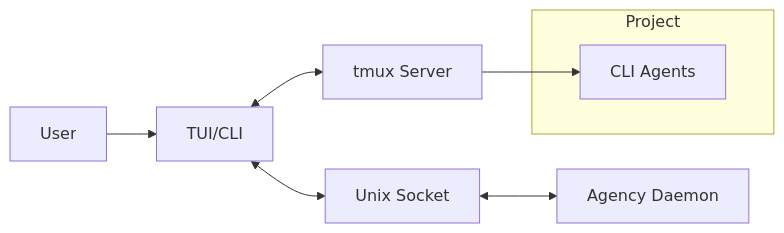
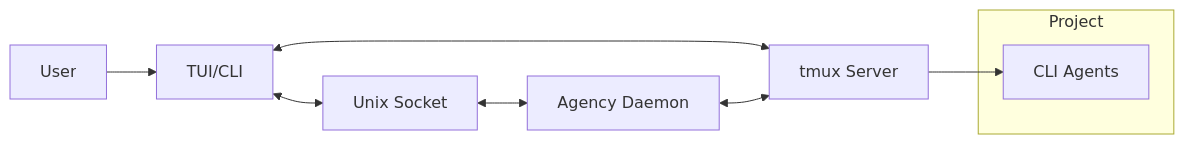
The first of 2 diagrams in README.md (tobias-walle/agency), drawn with Mermaid before and after one commit.

Commit message:
docs: update architecture diagram

````diff
--- a/README.md
+++ b/README.md
@@ -127,12 +127,13 @@
 ```mermaid
 flowchart LR
   U[User] --> C[TUI/CLI]
   C <--> S[Unix Socket]
   S <--> D[Agency Daemon]
   C <--> T[tmux Server]
+  D <--> T
   T --> A[CLI Agents]
 
   subgraph Project
     A
   end
 ```
````
